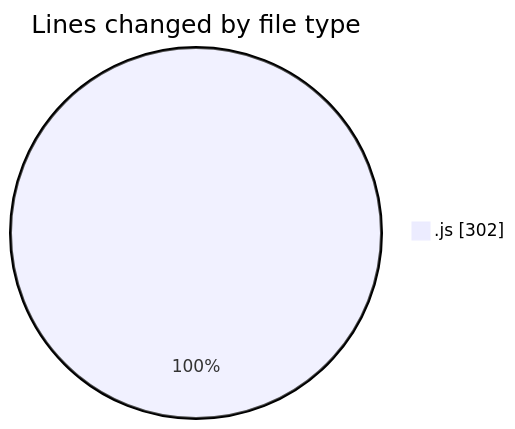
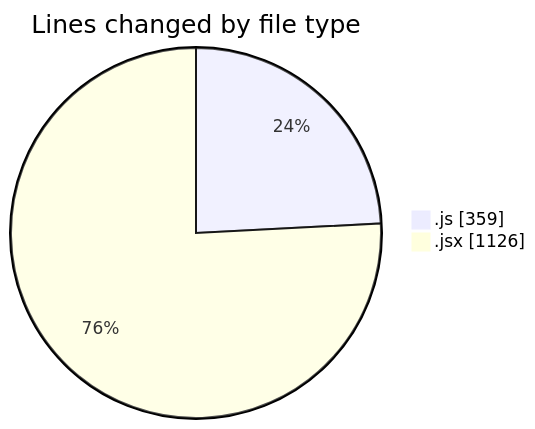
Before and after one commit to nxtqubesakshisongat/code-tracking: the first of 2 diagrams in 2025-12-26/nxtqube_webapp/README.md, drawn with Mermaid. The commit also changed other lines of this file and 1 other file, not shown here.

````diff
--- a/2025-12-26/nxtqube_webapp/README.md
+++ b/2025-12-26/nxtqube_webapp/README.md
@@ -21,5 +23,6 @@
 ```mermaid
 pie showData
 title Lines changed by file type
-".js" : 302
+".js" : 359
+".jsx" : 1126
 ```
````
